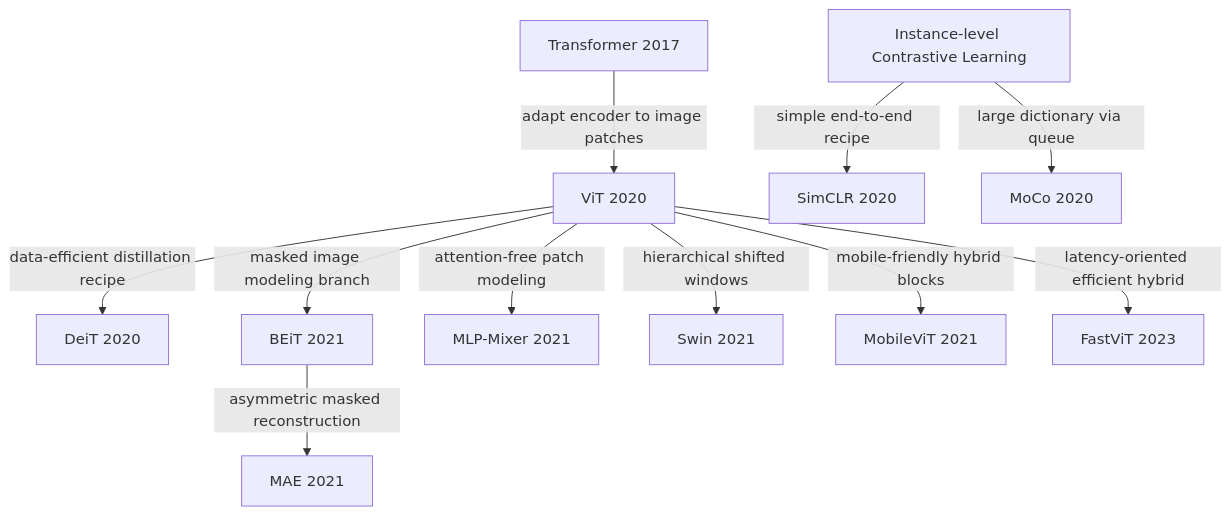
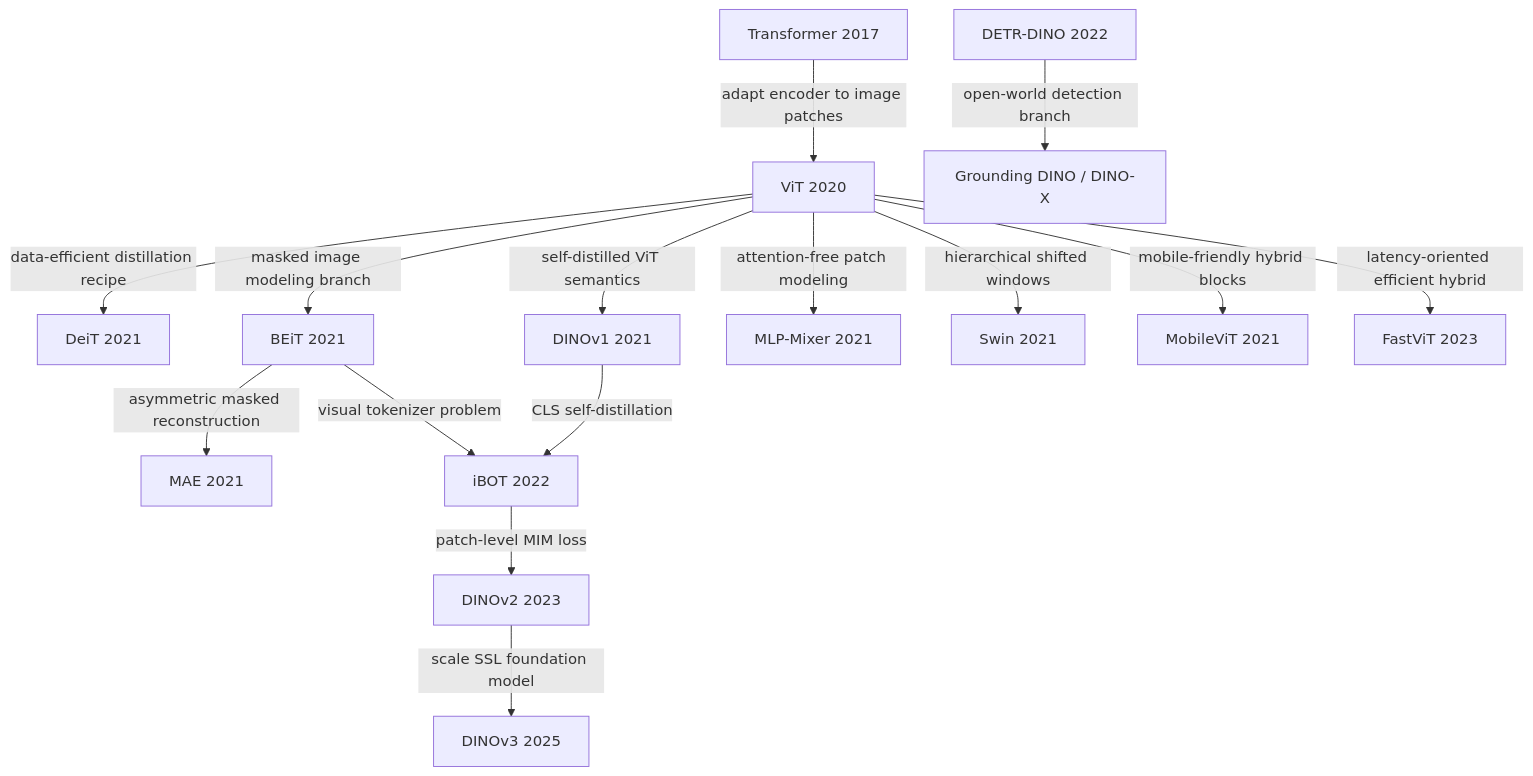
The diagram in AI/ml/CV/Paper-Reading/02-5-Vit-Zoo.md (Immortal-Fates/Notes-in-ZJU), drawn with Mermaid before and after one commit. The commit also changed other lines of this file and 45 other files, not shown here.

````diff
--- a/AI/ml/CV/Paper-Reading/02-5-Vit-Zoo.md
+++ b/AI/ml/CV/Paper-Reading/02-5-Vit-Zoo.md
@@ -940,20 +473,27 @@
 ```mermaid
 graph TD
   A[Transformer 2017] -->|adapt encoder to image patches| B[ViT 2020]
 
   %% Training and pretraining branch
-  B -->|data-efficient distillation recipe| C[DeiT 2020]
+  B -->|data-efficient distillation recipe| C[DeiT 2021]
   B -->|masked image modeling branch| D[BEiT 2021]
   D -->|asymmetric masked reconstruction| E[MAE 2021]
 
-  J[Instance-level Contrastive Learning] -->|simple end-to-end recipe| K[SimCLR 2020]
-  J -->|large dictionary via queue| L[MoCo 2020]
+  %% Meta self-supervised DINO family
+  B -->|self-distilled ViT semantics| J[DINOv1 2021]
+  D -->|visual tokenizer problem| K[iBOT 2022]
+  J -->|CLS self-distillation| K
+  K -->|patch-level MIM loss| L[DINOv2 2023]
+  L -->|scale SSL foundation model| M[DINOv3 2025]
 
   %% Architecture branch
   B -->|attention-free patch modeling| F[MLP-Mixer 2021]
   B -->|hierarchical shifted windows| G[Swin 2021]
 
   %% Efficient/mobile branch
   B -->|mobile-friendly hybrid blocks| H[MobileViT 2021]
   B -->|latency-oriented efficient hybrid| I[FastViT 2023]
+
+  %% Open-world detector naming branch, not Meta SSL DINO
+  O[DETR-DINO 2022] -->|open-world detection branch| N[Grounding DINO / DINO-X]
 ```
````
